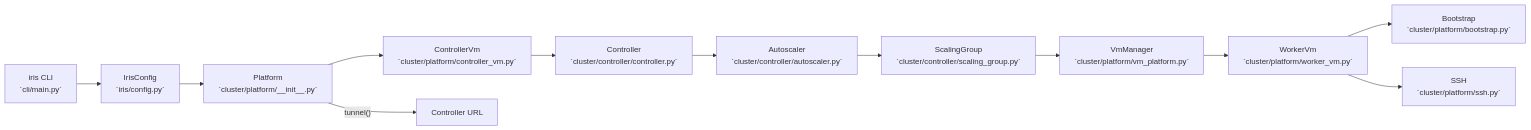
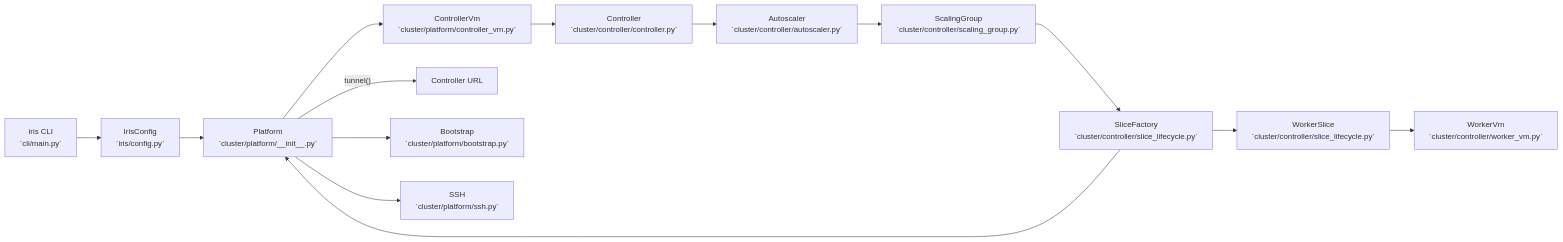
The second of 2 diagrams in lib/iris/docs/vm-refactor.md (marin-community/marin), drawn with Mermaid before and after one commit. The commit also changed other lines of this file and 23 other files, not shown here.

Commit message:
Refactor iris platform/controller boundaries

````diff
--- a/lib/iris/docs/vm-refactor.md
+++ b/lib/iris/docs/vm-refactor.md
@@ -128,26 +91,17 @@
 ```mermaid
 flowchart LR
-  CLI["iris CLI
-`cli/main.py`"] --> IrisConfig["IrisConfig
-`iris/config.py`"]
-  IrisConfig --> Platform["Platform
-`cluster/platform/__init__.py`"]
-  Platform --> ControllerVm["ControllerVm
-`cluster/platform/controller_vm.py`"]
-  ControllerVm --> Controller["Controller
-`cluster/controller/controller.py`"]
+  CLI["iris CLI\n`cli/main.py`"] --> IrisConfig["IrisConfig\n`iris/config.py`"]
+  IrisConfig --> Platform["Platform\n`cluster/platform/__init__.py`"]
+  Platform --> ControllerVm["ControllerVm\n`cluster/platform/controller_vm.py`"]
+  ControllerVm --> Controller["Controller\n`cluster/controller/controller.py`"]
   Platform -->|"tunnel()"| Tunnel["Controller URL"]
 
-  Controller --> Autoscaler["Autoscaler
-`cluster/controller/autoscaler.py`"]
-  Autoscaler --> ScalingGroup["ScalingGroup
-`cluster/controller/scaling_group.py`"]
-  ScalingGroup --> VmManager["VmManager
-`cluster/platform/vm_platform.py`"]
-  VmManager --> WorkerVm["WorkerVm
-`cluster/platform/worker_vm.py`"]
-  WorkerVm --> Bootstrap["Bootstrap
-`cluster/platform/bootstrap.py`"]
-  WorkerVm --> SSH["SSH
-`cluster/platform/ssh.py`"]
+  Controller --> Autoscaler["Autoscaler\n`cluster/controller/autoscaler.py`"]
+  Autoscaler --> ScalingGroup["ScalingGroup\n`cluster/controller/scaling_group.py`"]
+  ScalingGroup --> SliceFactory["SliceFactory\n`cluster/controller/slice_lifecycle.py`"]
+  SliceFactory --> Platform
+  SliceFactory --> WorkerSlice["WorkerSlice\n`cluster/controller/slice_lifecycle.py`"]
+  WorkerSlice --> WorkerVm["WorkerVm\n`cluster/controller/worker_vm.py`"]
+  Platform --> Bootstrap["Bootstrap\n`cluster/platform/bootstrap.py`"]
+  Platform --> SSH["SSH\n`cluster/platform/ssh.py`"]
 ```
````
